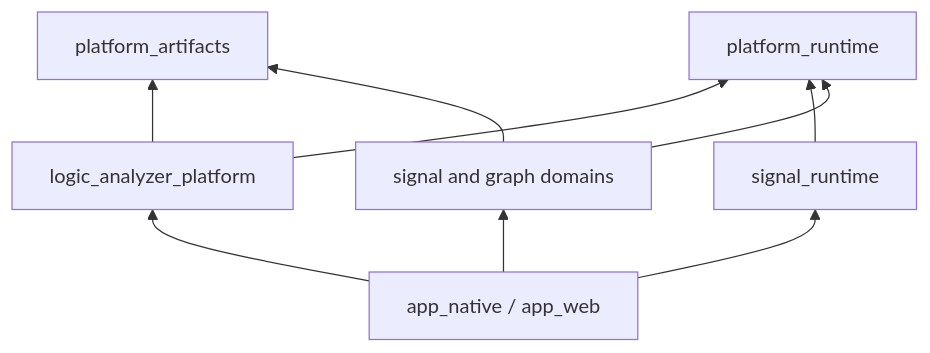
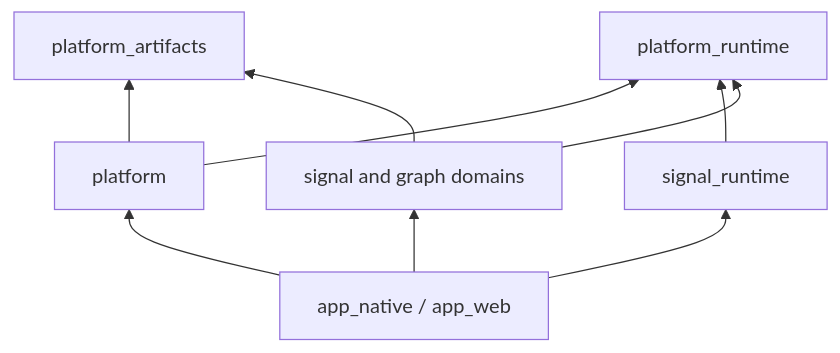
Before and after one commit to rcaelers/dsl: the diagram in docs/aspects/native_web_storage.md, drawn with Mermaid. The commit also changed other lines of this file and 53 other files, not shown here.

````diff
--- a/docs/aspects/native_web_storage.md
+++ b/docs/aspects/native_web_storage.md
@@ -867,11 +867,11 @@
 ```mermaid
 flowchart BT
-    Platform[logic_analyzer_platform] --> Artifacts[platform_artifacts]
+    Platform[platform] --> Artifacts[platform_artifacts]
     Platform --> HostRuntime[platform_runtime]
     SignalRuntime[signal_runtime] --> HostRuntime
     Domains[signal and graph domains] --> Artifacts
     Domains --> HostRuntime
     Apps[app_native / app_web] --> Platform
     Apps --> SignalRuntime
     Apps --> Domains
 ```
````
